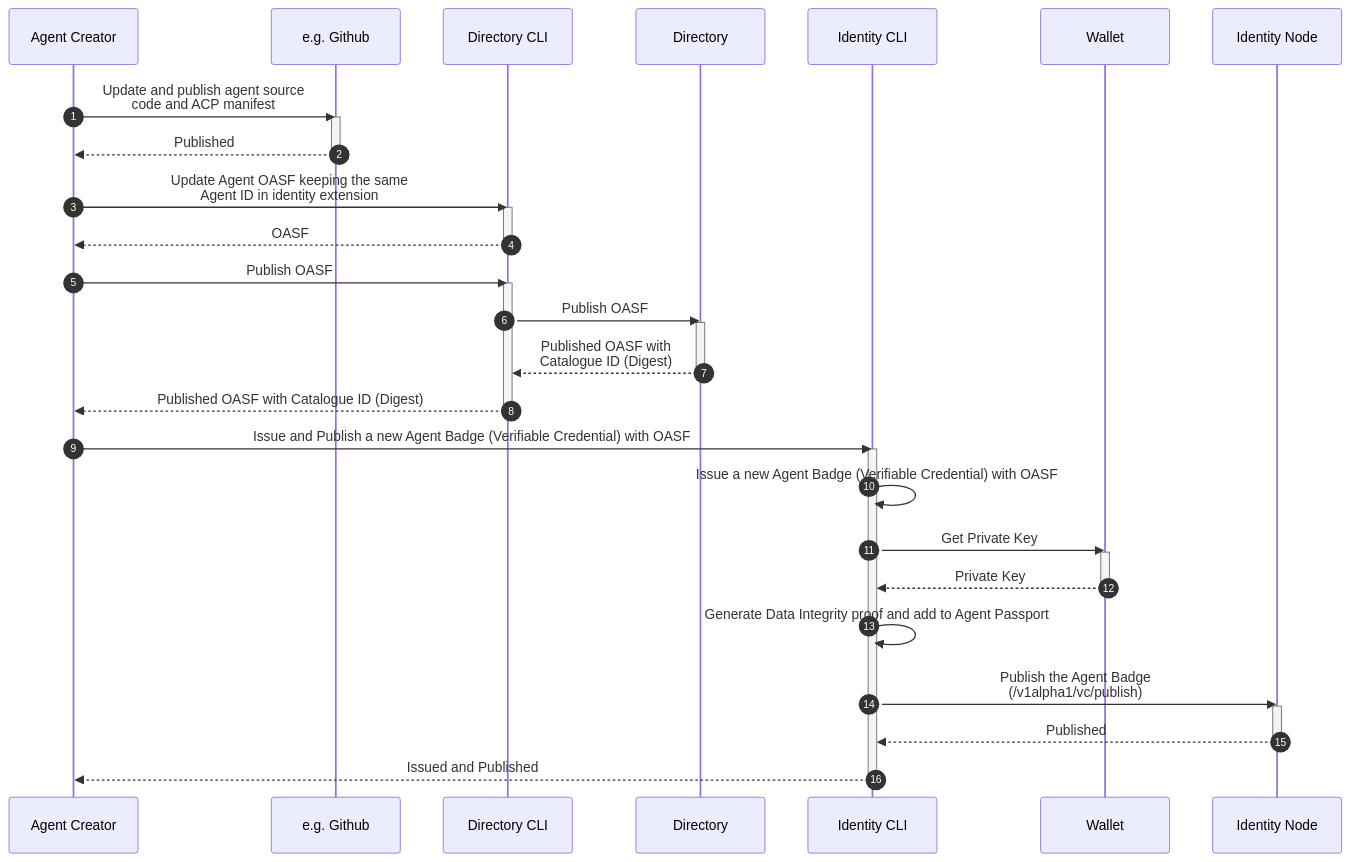
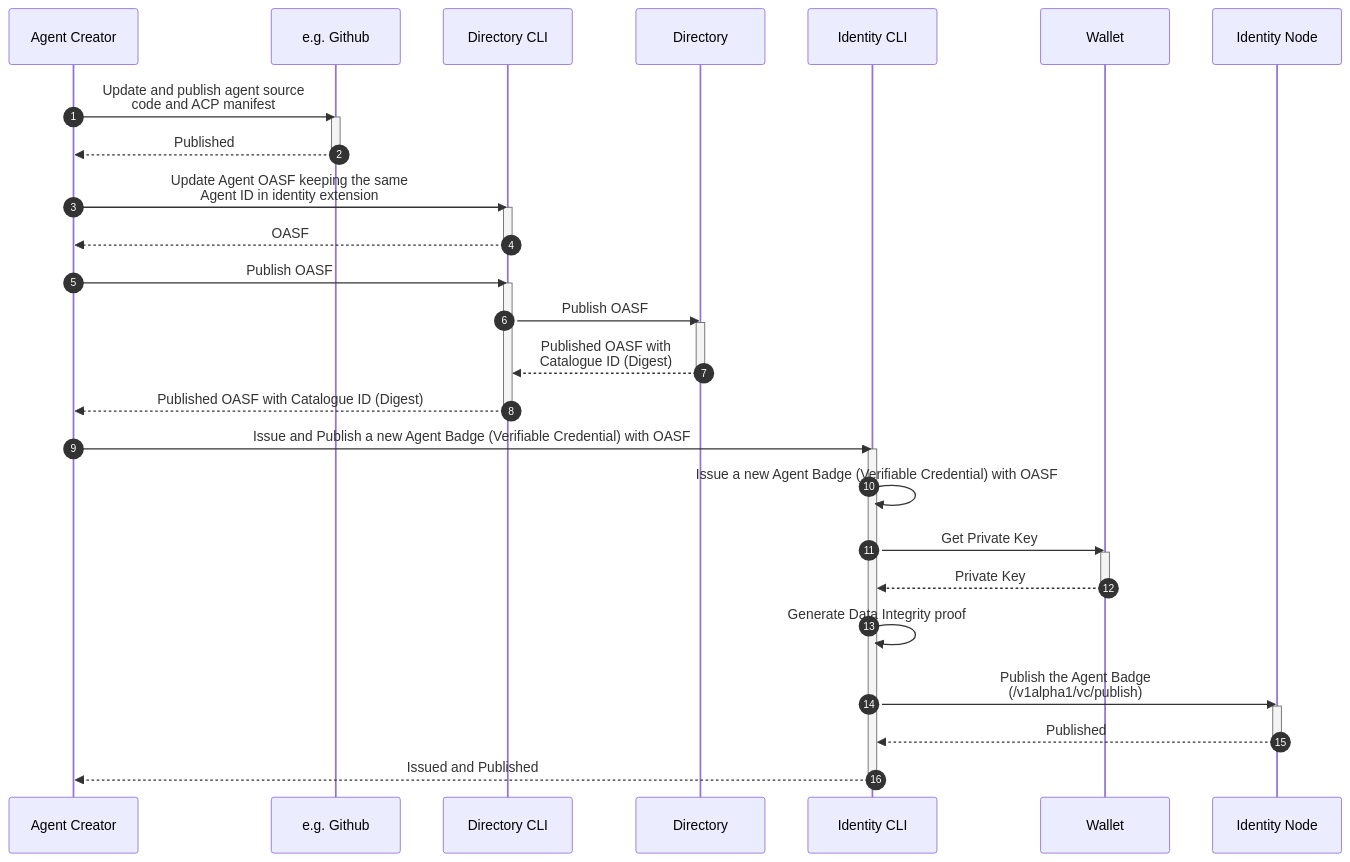
The second of 4 diagrams in docs-src/docs/specs/flows/agntcy_advanced.md (agntcy/identity-spec), drawn with Mermaid before and after one commit.

Commit message:
feat(flow): removed the last reference to passport

````diff
--- a/docs-src/docs/specs/flows/agntcy_advanced.md
+++ b/docs-src/docs/specs/flows/agntcy_advanced.md
@@ -66,38 +66,38 @@
 ```mermaid
 sequenceDiagram
 autonumber
 
 Agent Creator->>e.g. Github: Update and publish agent source<br/>code and ACP manifest
 activate e.g. Github
 e.g. Github-->>Agent Creator: Published
 deactivate e.g. Github
 
 Agent Creator->>Directory CLI: Update Agent OASF keeping the same<br/>Agent ID in identity extension
 activate Directory CLI
 Directory CLI-->>Agent Creator: OASF
 deactivate Directory CLI
 
 Agent Creator->>Directory CLI: Publish OASF
 activate Directory CLI
 Directory CLI->>Directory: Publish OASF
 activate Directory
 Directory-->>Directory CLI: Published OASF with<br/>Catalogue ID (Digest)
 deactivate Directory
 Directory CLI-->>Agent Creator: Published OASF with Catalogue ID (Digest)
 deactivate Directory CLI
 
 Agent Creator->>Identity CLI: Issue and Publish a new Agent Badge (Verifiable Credential) with OASF
 activate Identity CLI
 Identity CLI->>Identity CLI: Issue a new Agent Badge (Verifiable Credential) with OASF
 Identity CLI->>Wallet: Get Private Key
 activate Wallet
 Wallet-->>Identity CLI: Private Key
 deactivate Wallet
-Identity CLI->>Identity CLI: Generate Data Integrity proof and add to Agent Passport
+Identity CLI->>Identity CLI: Generate Data Integrity proof
 Identity CLI->>Identity Node: Publish the Agent Badge<br/>(/v1alpha1/vc/publish)
 activate Identity Node
 Identity Node-->>Identity CLI: Published
 deactivate Identity Node
 Identity CLI-->>Agent Creator: Issued and Published
 deactivate Identity CLI
 ```
````
